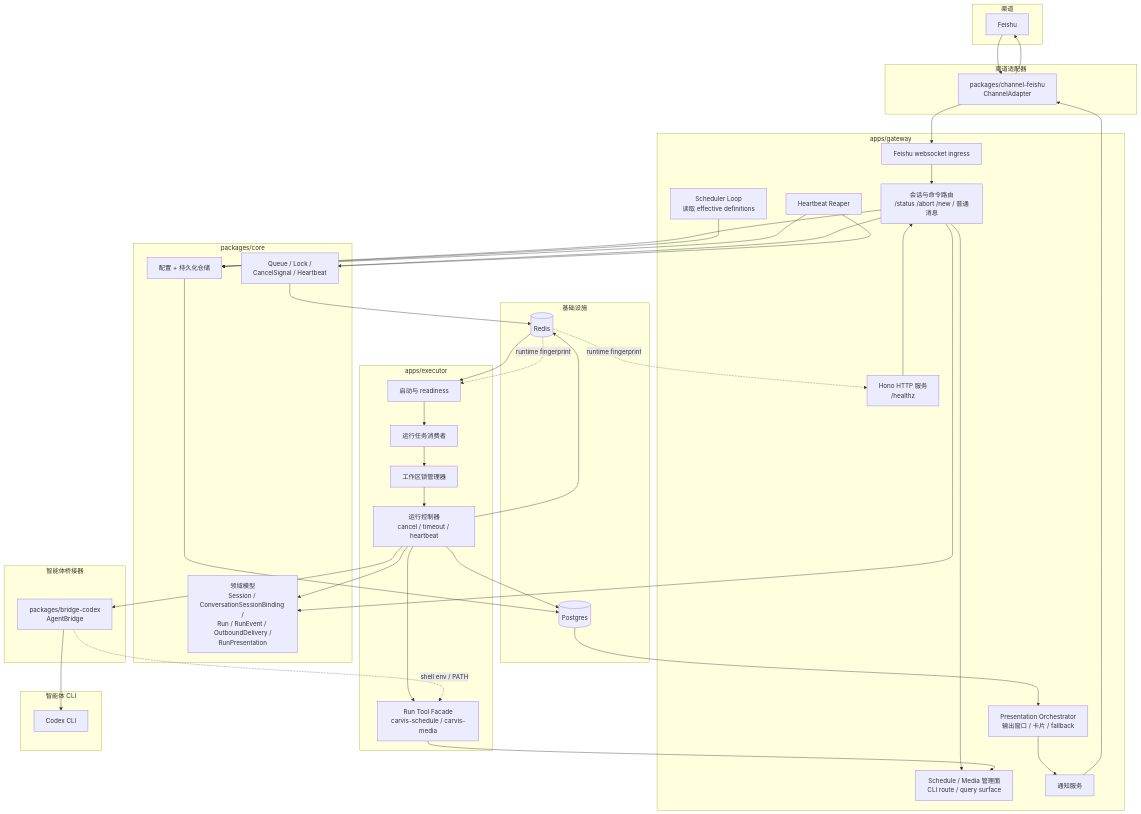
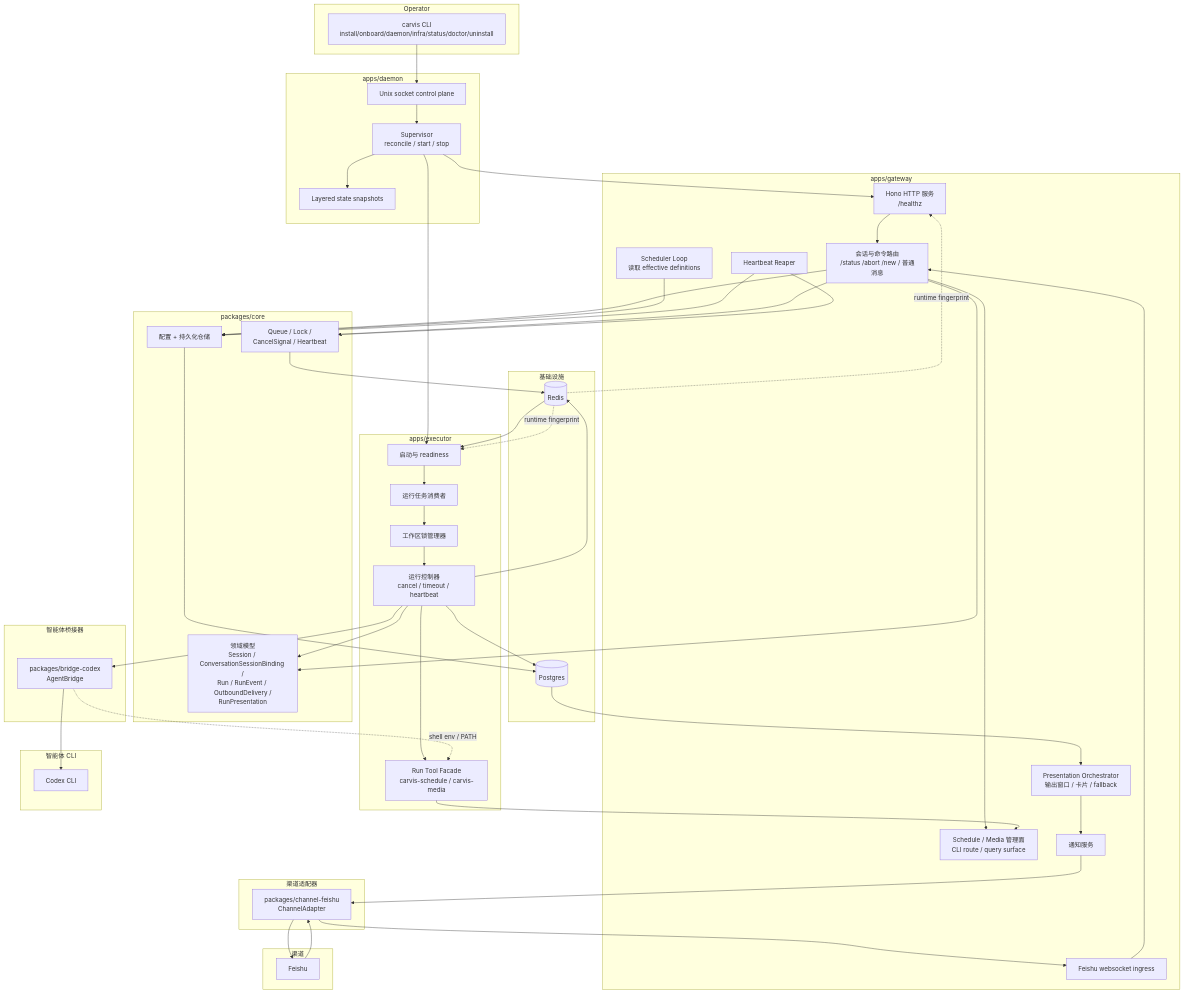
Before and after one commit to pipi-1997/carvis: the first of 2 diagrams in docs/architecture.md, drawn with Mermaid. The commit also changed other lines of this file and 76 other files, not shown here.

````diff
--- a/docs/architecture.md
+++ b/docs/architecture.md
@@ -7,7 +7,17 @@
 ```mermaid
 flowchart TB
+    subgraph Operator["Operator"]
+        CLI["carvis CLI\ninstall/onboard/daemon/infra/status/doctor/uninstall"]
+    end
+
     subgraph Channels["渠道"]
         FS["Feishu"]
+    end
+
+    subgraph Daemon["apps/daemon"]
+        DM_SOCK["Unix socket control plane"]
+        DM_SUP["Supervisor\nreconcile / start / stop"]
+        DM_STATE["Layered state snapshots"]
     end
 
     subgraph Gateway["apps/gateway"]
@@ -53,6 +63,12 @@
     end
 
     FS --> PKG_FS --> GW_WS
+    CLI --> DM_SOCK
+    DM_SOCK --> DM_SUP
+    DM_SUP --> DM_STATE
+    DM_SUP --> GW_HTTP
+    DM_SUP --> EX_BOOT
+
     GW_HTTP --> GW_ROUTE
     GW_WS --> GW_ROUTE
 
````
